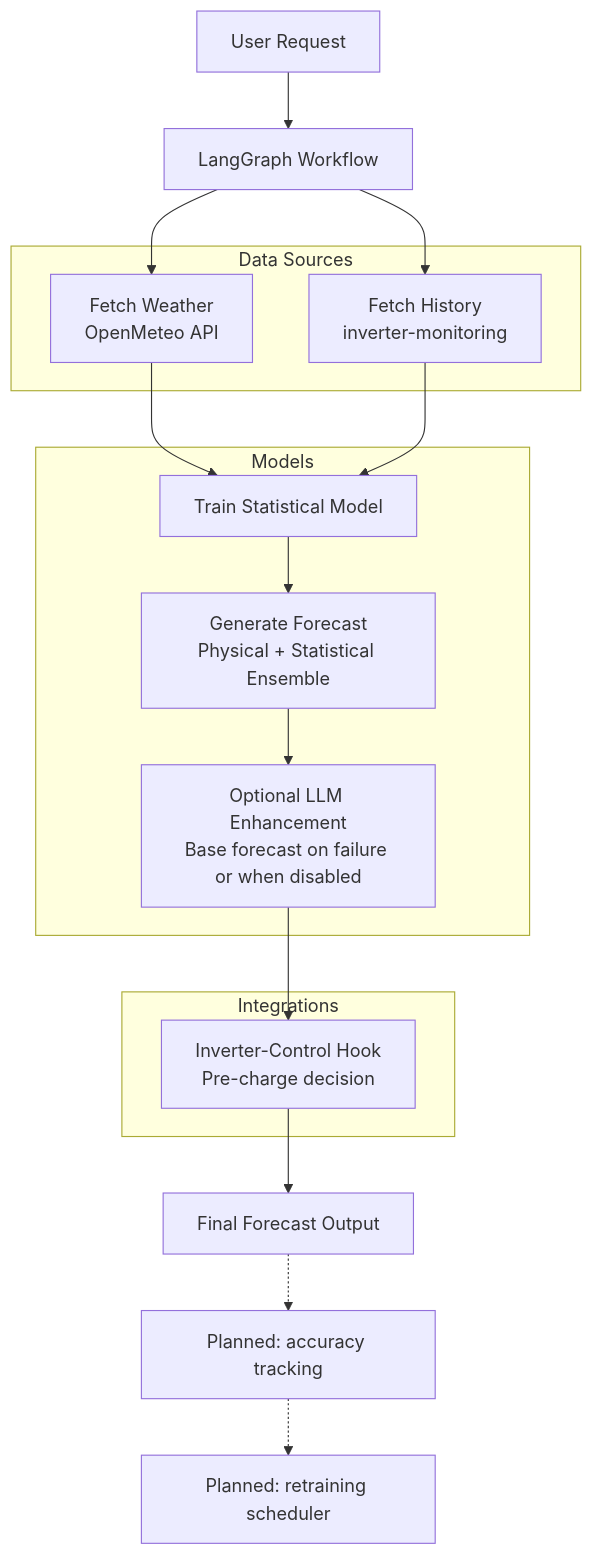
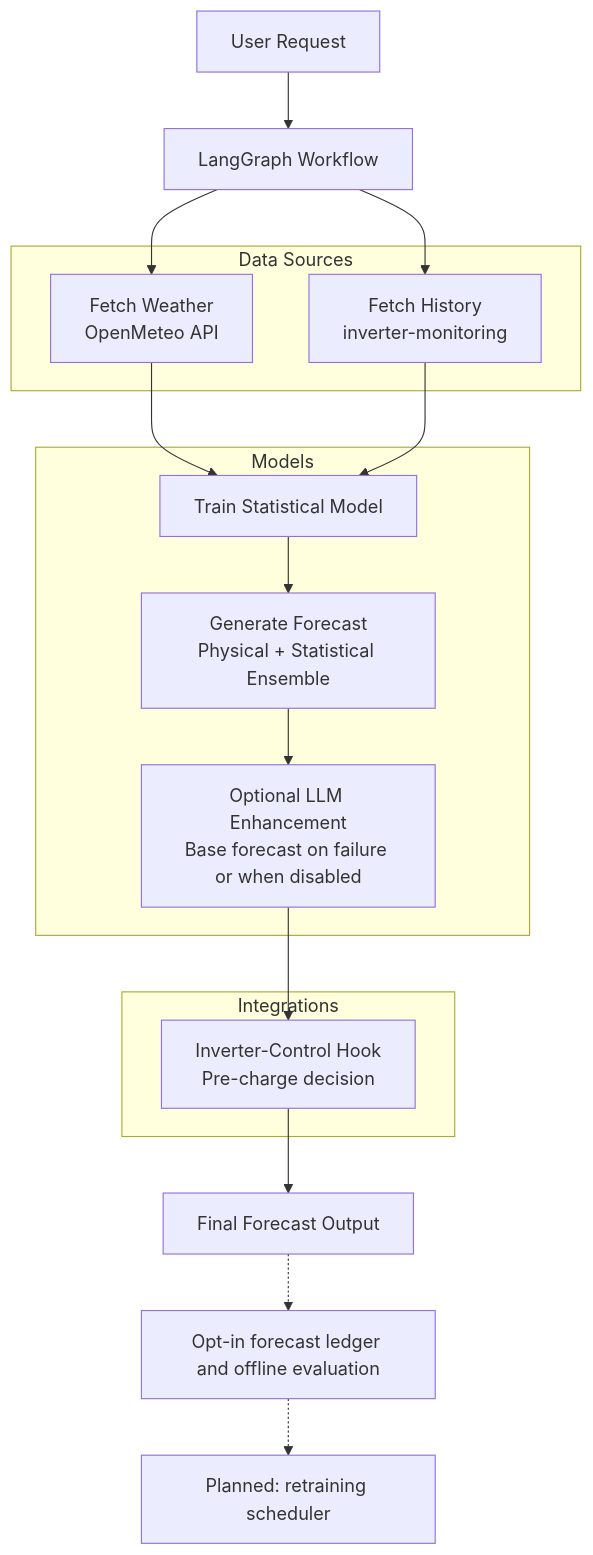
The first of 2 diagrams in README.md (4alvit/solar-forecast-langgraph), drawn with Mermaid before and after one commit. The commit also changed other lines of this file and 10 other files, not shown here.

First line of the commit message:
Add prospective forecast ledger and offline evaluation (#179)

````diff
--- a/README.md
+++ b/README.md
@@ -31,33 +31,33 @@
 ```mermaid
 graph TD
     A[User Request] --> B[LangGraph Workflow]
     
     B --> C[Fetch Weather<br/>OpenMeteo API]
     B --> D[Fetch History<br/>inverter-monitoring]
     
     C --> E[Train Statistical Model]
     D --> E
     
     E --> F[Generate Forecast<br/>Physical + Statistical Ensemble]
     F --> G[Optional LLM Enhancement<br/>Base forecast on failure or when disabled]
     G --> H[Inverter-Control Hook<br/>Pre-charge decision]
     H --> I[Final Forecast Output]
     
-    I -.-> J[Planned: accuracy tracking]
+    I -.-> J[Opt-in forecast ledger and offline evaluation]
     J -.-> K[Planned: retraining scheduler]
     
     subgraph "Data Sources"
         C
         D
     end
     
     subgraph "Models"
         E
         F
         G
     end
     
     subgraph "Integrations"
         H
     end
 ```
````
